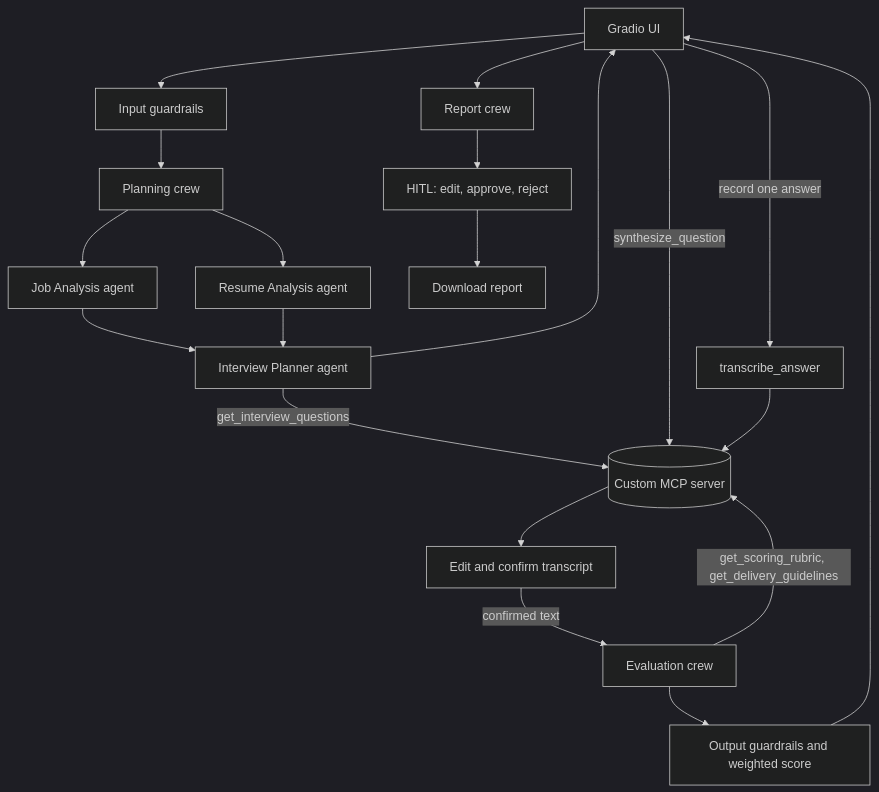
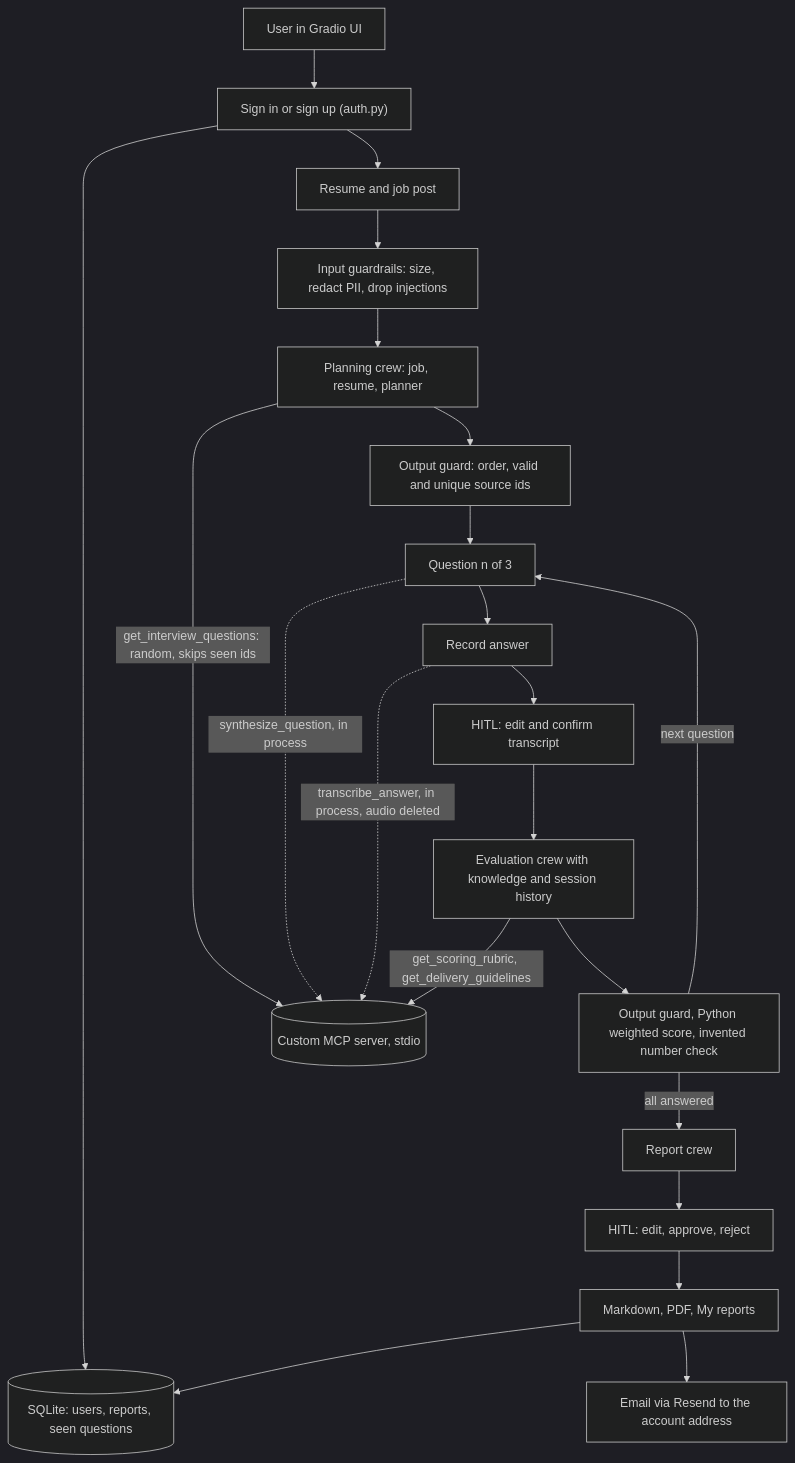
One commit to Abd-Elhadi/ai-interview-coach changed the first of 2 diagrams in docs/architecture.md. Above: the diagram before and after it, drawn with Mermaid (dark theme). The commit also changed other lines of this file and 2 other files, not shown here.

Commit message:
docs: refresh architecture doc and add app flow diagram

````diff
--- a/docs/architecture.md
+++ b/docs/architecture.md
@@ -3,22 +7,24 @@
 ```mermaid
 flowchart TD
-  UI[Gradio UI] --> IG[Input guardrails]
-  IG --> PC[Planning crew]
-  PC --> JA[Job Analysis agent]
-  PC --> RA[Resume Analysis agent]
-  JA --> PL[Interview Planner agent]
-  RA --> PL
-  PL -->|get_interview_questions| MCP[(Custom MCP server)]
-  PL --> UI
-  UI -->|synthesize_question| MCP
-  UI -->|record one answer| TR[transcribe_answer]
-  TR --> MCP
-  MCP --> CONF[Edit and confirm transcript]
-  CONF -->|confirmed text| EC[Evaluation crew]
-  EC -->|get_scoring_rubric, get_delivery_guidelines| MCP
-  EC --> OG[Output guardrails and weighted score]
-  OG --> UI
-  UI --> RC[Report crew]
-  RC --> HITL[HITL: edit, approve, reject]
-  HITL --> DL[Download report]
+  U["User in Gradio UI"] --> AUTH["Sign in or sign up (auth.py)"]
+  AUTH --> DB[("SQLite: users, reports, seen questions")]
+  AUTH --> IN["Resume and job post"]
+  IN --> IG["Input guardrails: size, redact PII, drop injections"]
+  IG --> PC["Planning crew: job, resume, planner"]
+  PC -->|"get_interview_questions: random, skips seen ids"| MCP[("Custom MCP server, stdio")]
+  PC --> OGP["Output guard: order, valid and unique source ids"]
+  OGP --> Q["Question n of 3"]
+  Q -.->|"synthesize_question, in process"| MCP
+  Q --> REC["Record answer"]
+  REC -.->|"transcribe_answer, in process, audio deleted"| MCP
+  REC --> EDIT["HITL: edit and confirm transcript"]
+  EDIT --> EC["Evaluation crew with knowledge and session history"]
+  EC -->|"get_scoring_rubric, get_delivery_guidelines"| MCP
+  EC --> OGE["Output guard, Python weighted score, invented number check"]
+  OGE -->|"next question"| Q
+  OGE -->|"all answered"| RC["Report crew"]
+  RC --> HITL["HITL: edit, approve, reject"]
+  HITL --> OUT["Markdown, PDF, My reports"]
+  OUT --> DB
+  OUT --> MAIL["Email via Resend to the account address"]
 ```
````
